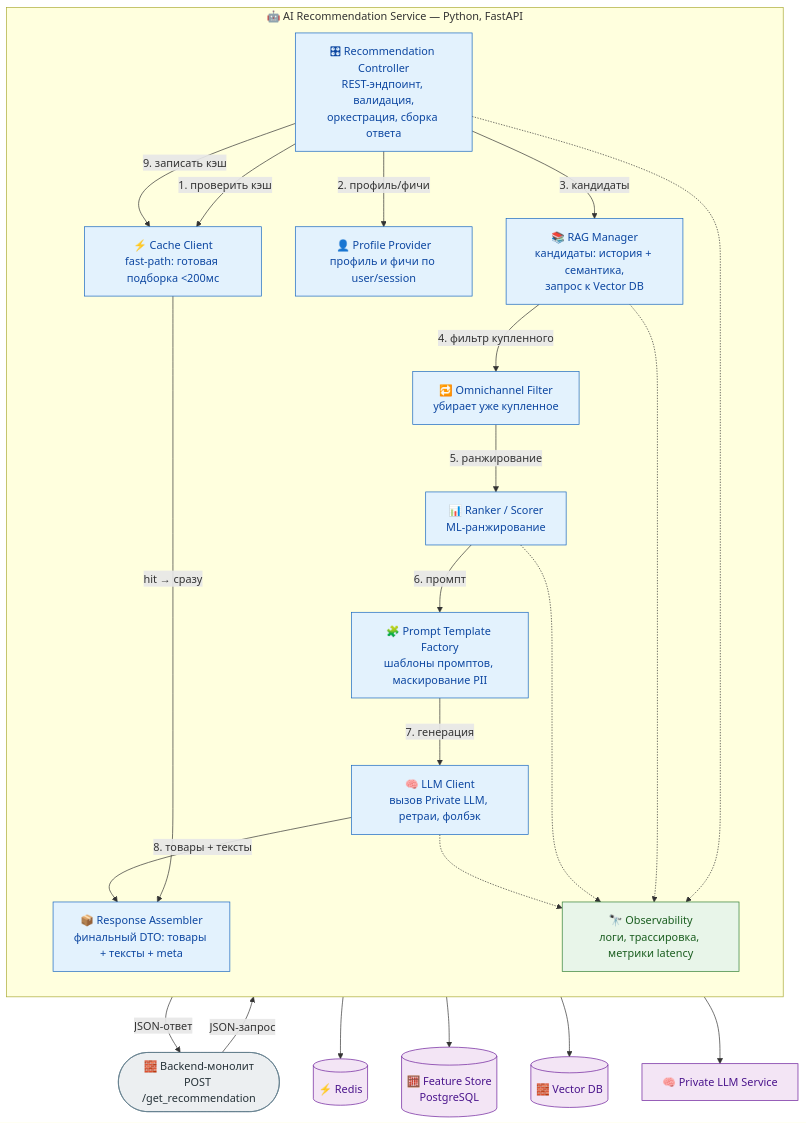
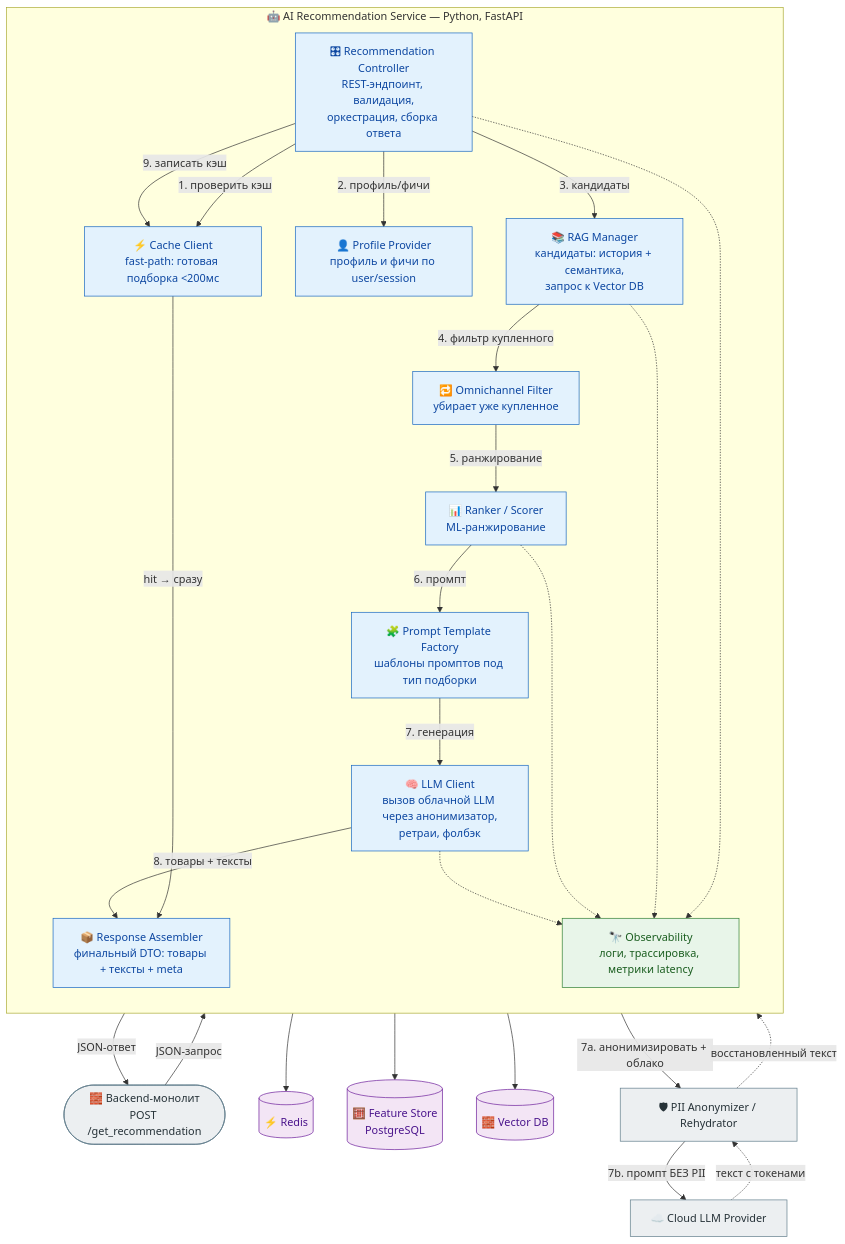
Before and after one commit to divisee/otus-ai-architect: the third of 4 diagrams in hw-2/README.md, drawn with Mermaid. The commit also changed other lines of this file and 6 other files, not shown here.

````diff
--- a/hw-2/README.md
+++ b/hw-2/README.md
@@ -124,55 +128,59 @@
 ```mermaid
 flowchart TB
     BE([🧱 Backend-монолит<br/>POST /get_recommendation])
 
     subgraph AISVC["🤖 AI Recommendation Service — Python, FastAPI"]
         direction TB
         CTRL["🎛 Recommendation Controller<br/>REST-эндпоинт, валидация,<br/>оркестрация, сборка ответа"]
         CACHEC["⚡ Cache Client<br/>fast-path: готовая подборка <200мс"]
         PROF["👤 Profile Provider<br/>профиль и фичи по user/session"]
         RAG["📚 RAG Manager<br/>кандидаты: история + семантика,<br/>запрос к Vector DB"]
         OMNI["🔁 Omnichannel Filter<br/>убирает уже купленное"]
         RANK["📊 Ranker / Scorer<br/>ML-ранжирование"]
-        PTF["🧩 Prompt Template Factory<br/>шаблоны промптов, маскирование PII"]
-        LLMC["🧠 LLM Client<br/>вызов Private LLM, ретраи, фолбэк"]
+        PTF["🧩 Prompt Template Factory<br/>шаблоны промптов под тип подборки"]
+        LLMC["🧠 LLM Client<br/>вызов облачной LLM через анонимизатор,<br/>ретраи, фолбэк"]
         ASM["📦 Response Assembler<br/>финальный DTO: товары + тексты + meta"]
         OBS["🔭 Observability<br/>логи, трассировка, метрики latency"]
     end
 
     CACHE[("⚡ Redis")]
     FS[("🧮 Feature Store<br/>PostgreSQL")]
     VDB[("🧱 Vector DB")]
-    LLM["🧠 Private LLM Service"]
+    ANON["🛡 PII Anonymizer / Rehydrator"]
+    CLOUD["☁️ Cloud LLM Provider"]
 
     BE -->|"JSON-запрос"| CTRL
     CTRL -->|"1. проверить кэш"| CACHEC
     CACHEC -->|"hit → сразу"| ASM
     CTRL -->|"2. профиль/фичи"| PROF
     CTRL -->|"3. кандидаты"| RAG
     RAG -->|"4. фильтр купленного"| OMNI
     OMNI -->|"5. ранжирование"| RANK
     RANK -->|"6. промпт"| PTF
     PTF -->|"7. генерация"| LLMC
     LLMC -->|"8. товары + тексты"| ASM
     CTRL -->|"9. записать кэш"| CACHEC
     ASM -->|"JSON-ответ"| BE
 
     CACHEC --> CACHE
     PROF --> FS
     RAG --> VDB
-    LLMC --> LLM
+    LLMC -->|"7a. анонимизировать + облако"| ANON
+    ANON -->|"7b. промпт БЕЗ PII"| CLOUD
+    CLOUD -.->|"текст с токенами"| ANON
+    ANON -.->|"восстановленный текст"| LLMC
 
     CTRL -.-> OBS
     RAG -.-> OBS
     RANK -.-> OBS
     LLMC -.-> OBS
 
     classDef comp fill:#e3f2fd,stroke:#1565c0,color:#0d47a1;
     classDef data fill:#f3e5f5,stroke:#6a1b9a,color:#4a148c;
     classDef ext fill:#eceff1,stroke:#607d8b,color:#263238;
     classDef obs fill:#e8f5e9,stroke:#2e7d32,color:#1b5e20;
     class CTRL,CACHEC,PROF,RAG,OMNI,RANK,PTF,LLMC,ASM comp;
-    class CACHE,FS,VDB,LLM data;
-    class BE ext;
+    class CACHE,FS,VDB data;
+    class BE,ANON,CLOUD ext;
     class OBS obs;
 ```
````
